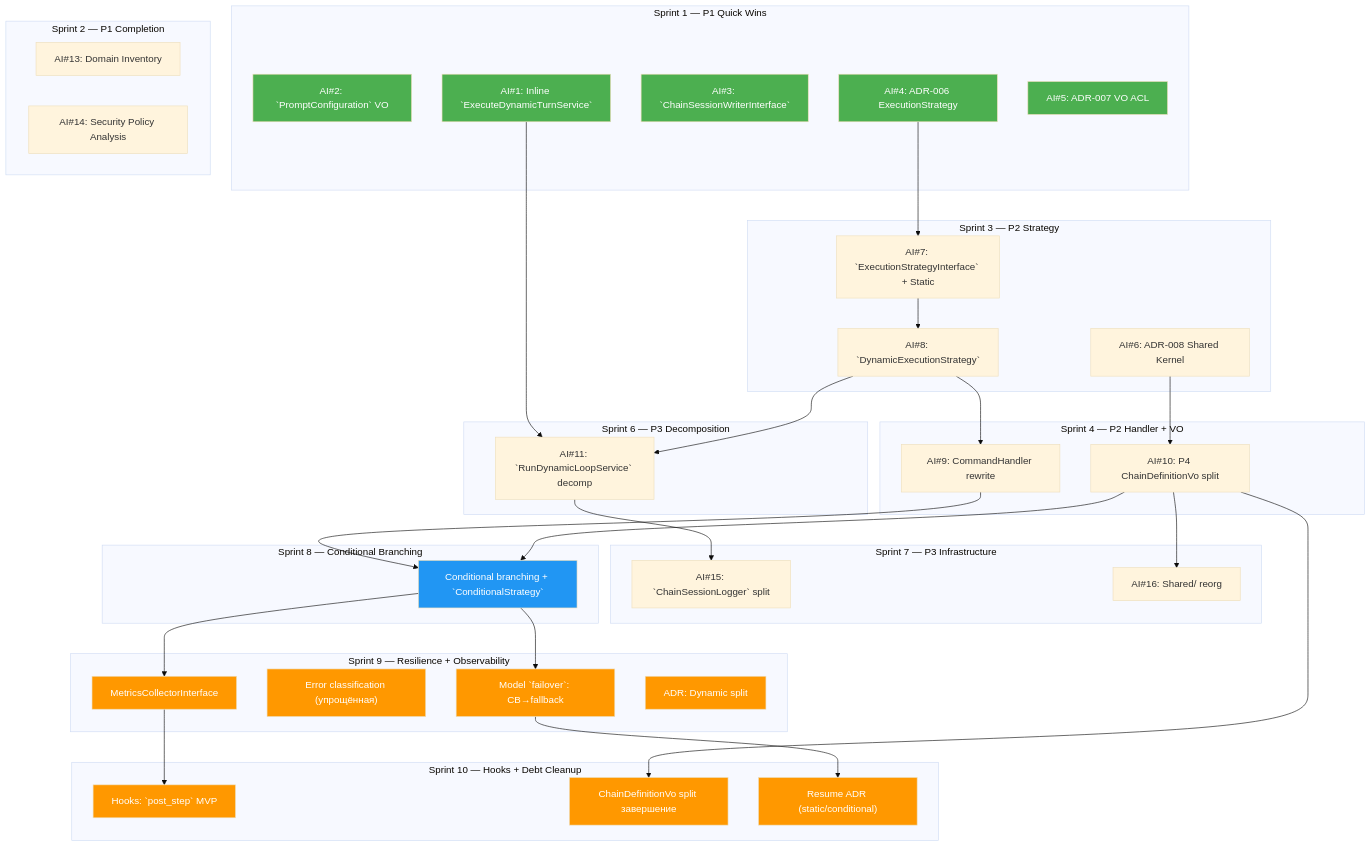
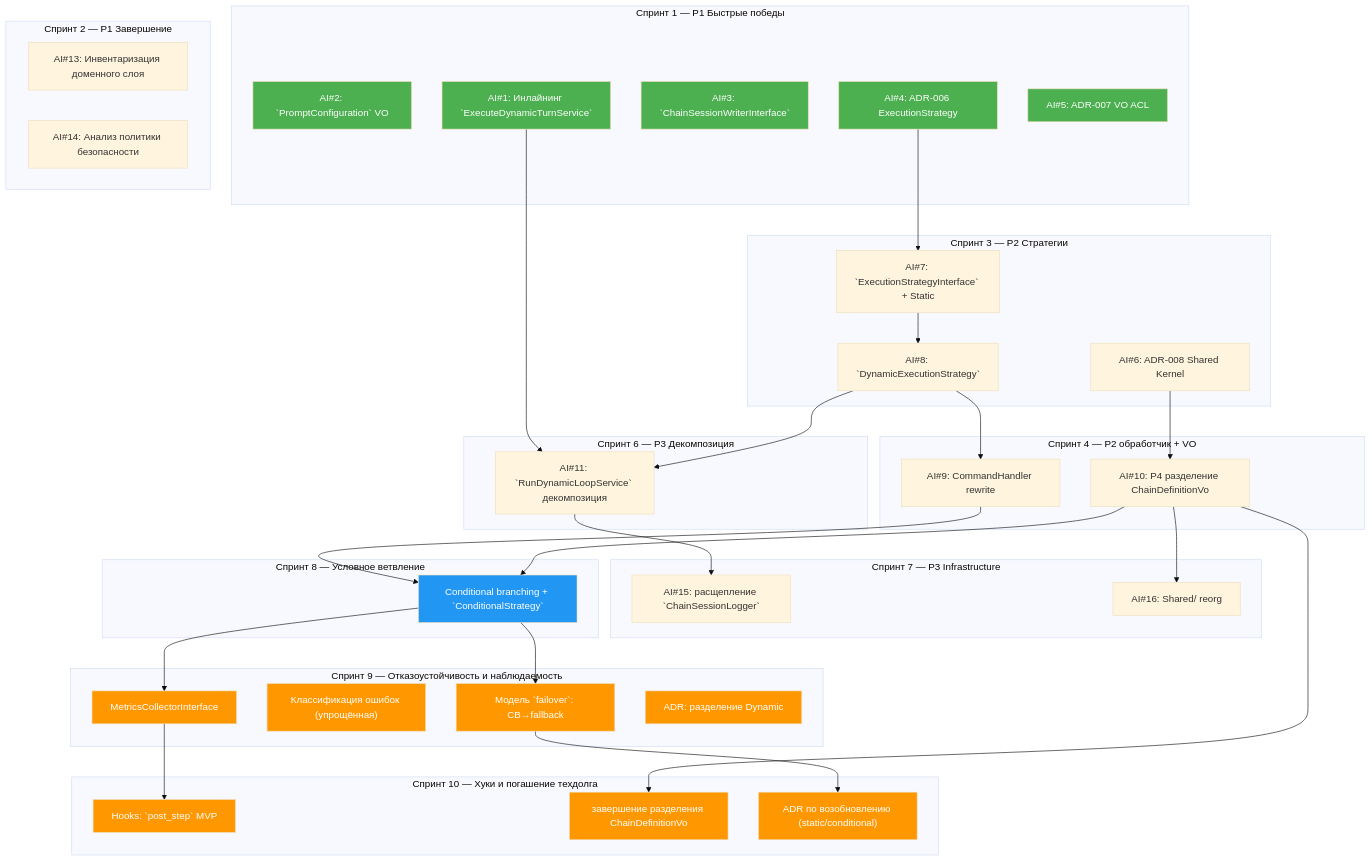
The diagram in docs/releases/ROADMAP-2026-Q2-Q3.md (prikotov/task-orchestrator), drawn with Mermaid (base theme) before and after one commit. The commit also changed other lines of this file and 49 other files, not shown here.

````diff
--- a/docs/releases/ROADMAP-2026-Q2-Q3.md
+++ b/docs/releases/ROADMAP-2026-Q2-Q3.md
@@ -373,53 +373,53 @@
 ```mermaid
 graph TD
-    subgraph "Sprint 1 — P1 Quick Wins"
+    subgraph "Спринт 1 — P1 Быстрые победы"
         AI2["AI#2: `PromptConfiguration` VO"]
-        AI1["AI#1: Inline `ExecuteDynamicTurnService`"]
+        AI1["AI#1: Инлайнинг `ExecuteDynamicTurnService`"]
         AI3["AI#3: `ChainSessionWriterInterface`"]
         AI4["AI#4: ADR-006 ExecutionStrategy"]
         AI5["AI#5: ADR-007 VO ACL"]
     end
 
-    subgraph "Sprint 2 — P1 Completion"
-        AI13["AI#13: Domain Inventory"]
-        AI14["AI#14: Security Policy Analysis"]
+    subgraph "Спринт 2 — P1 Завершение"
+        AI13["AI#13: Инвентаризация доменного слоя"]
+        AI14["AI#14: Анализ политики безопасности"]
     end
 
-    subgraph "Sprint 3 — P2 Strategy"
+    subgraph "Спринт 3 — P2 Стратегии"
         AI7["AI#7: `ExecutionStrategyInterface` + Static"]
         AI8["AI#8: `DynamicExecutionStrategy`"]
         AI6["AI#6: ADR-008 Shared Kernel"]
     end
 
-    subgraph "Sprint 4 — P2 Handler + VO"
+    subgraph "Спринт 4 — P2 обработчик + VO"
         AI9["AI#9: CommandHandler rewrite"]
-        AI10["AI#10: P4 ChainDefinitionVo split"]
+        AI10["AI#10: P4 разделение ChainDefinitionVo"]
     end
 
-    subgraph "Sprint 6 — P3 Decomposition"
-        AI11["AI#11: `RunDynamicLoopService` decomp"]
+    subgraph "Спринт 6 — P3 Декомпозиция"
+        AI11["AI#11: `RunDynamicLoopService` декомпозиция"]
     end
 
-    subgraph "Sprint 7 — P3 Infrastructure"
-        AI15["AI#15: `ChainSessionLogger` split"]
+    subgraph "Спринт 7 — P3 Infrastructure"
+        AI15["AI#15: расщепление `ChainSessionLogger`"]
         AI16["AI#16: Shared/ reorg"]
     end
 
-    subgraph "Sprint 8 — Conditional Branching"
+    subgraph "Спринт 8 — Условное ветвление"
         CB["Conditional branching + `ConditionalStrategy`"]
     end
 
-    subgraph "Sprint 9 — Resilience + Observability"
-        S9T1["Model `failover`: CB→fallback"]
-        S9T2["Error classification (упрощённая)"]
+    subgraph "Спринт 9 — Отказоустойчивость и наблюдаемость"
+        S9T1["Модель `failover`: CB→fallback"]
+        S9T2["Классификация ошибок (упрощённая)"]
         S9T3["`MetricsCollectorInterface`"]
-        S9T4["ADR: Dynamic split"]
+        S9T4["ADR: разделение Dynamic"]
     end
 
-    subgraph "Sprint 10 — Hooks + Debt Cleanup"
+    subgraph "Спринт 10 — Хуки и погашение техдолга"
         S10T1["Hooks: `post_step` MVP"]
-        S10T2["ChainDefinitionVo split завершение"]
-        S10T3["Resume ADR (static/conditional)"]
+        S10T2["завершение разделения ChainDefinitionVo"]
+        S10T3["ADR по возобновлению (static/conditional)"]
     end
 
     AI4 --> AI7
````
